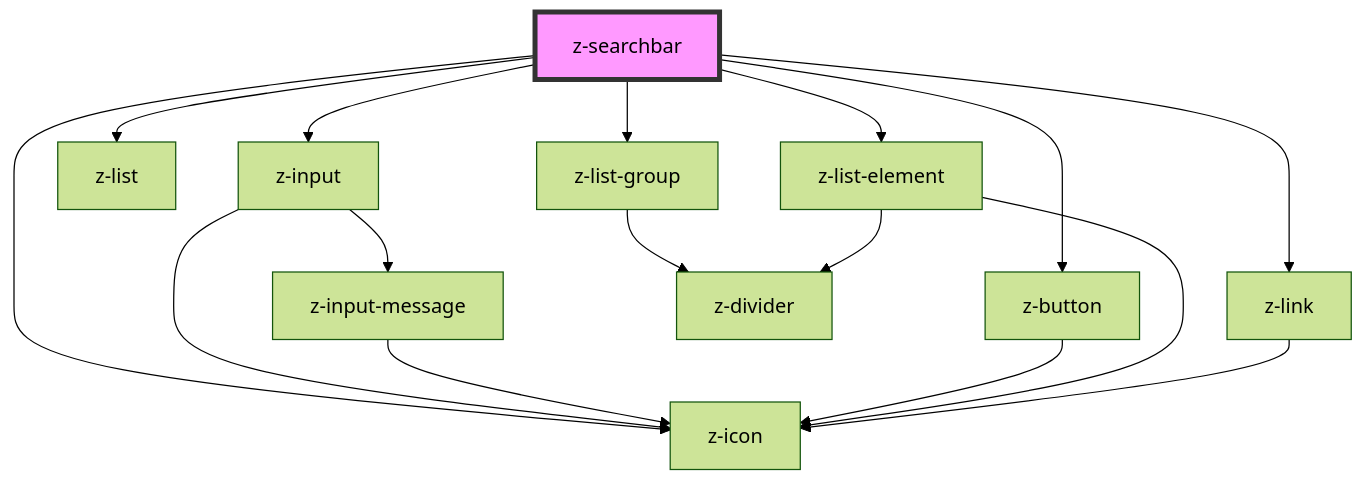
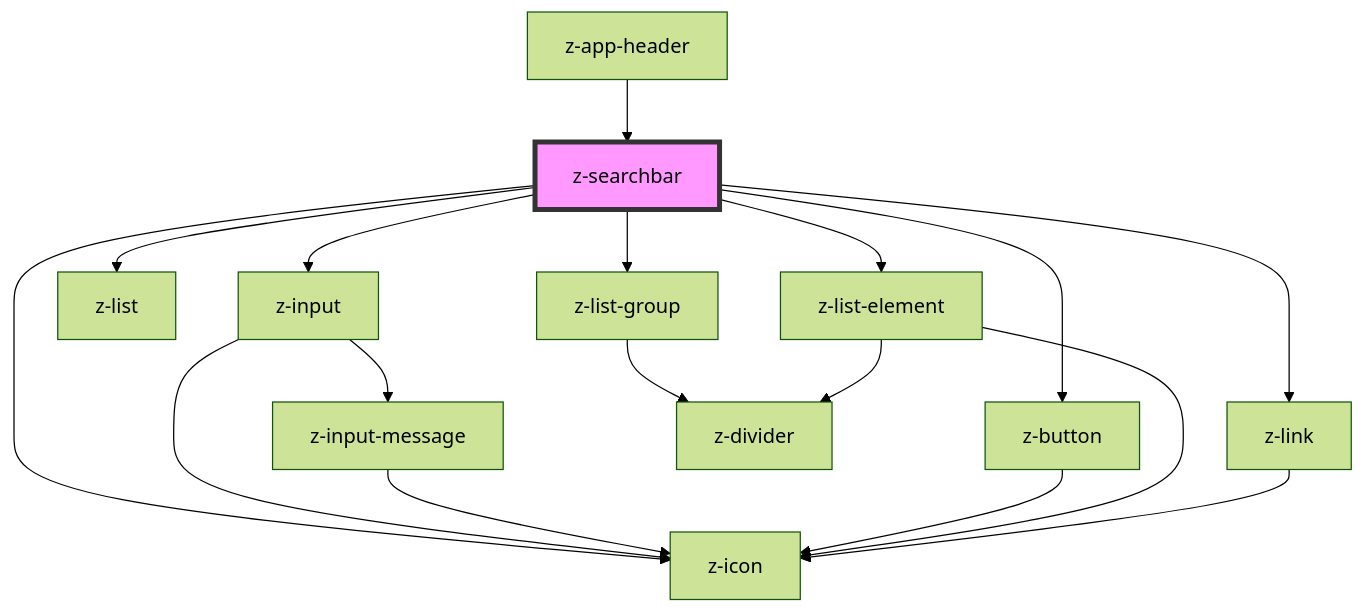
The diagram in src/components/inputs/z-searchbar/readme.md (ZanichelliEditore/design-system), drawn with Mermaid (forest theme) before and after one commit. The commit also changed other lines of this file and 10 other files, not shown here.

````diff
--- a/src/components/inputs/z-searchbar/readme.md
+++ b/src/components/inputs/z-searchbar/readme.md
@@ -51,19 +55,20 @@
 ```mermaid
 graph TD;
   z-searchbar --> z-input
   z-searchbar --> z-button
   z-searchbar --> z-list
   z-searchbar --> z-list-group
   z-searchbar --> z-list-element
   z-searchbar --> z-icon
   z-searchbar --> z-link
   z-input --> z-icon
   z-input --> z-input-message
   z-input-message --> z-icon
   z-button --> z-icon
   z-list-group --> z-divider
   z-list-element --> z-icon
   z-list-element --> z-divider
   z-link --> z-icon
+  z-app-header --> z-searchbar
   style z-searchbar fill:#f9f,stroke:#333,stroke-width:4px
 ```
````
